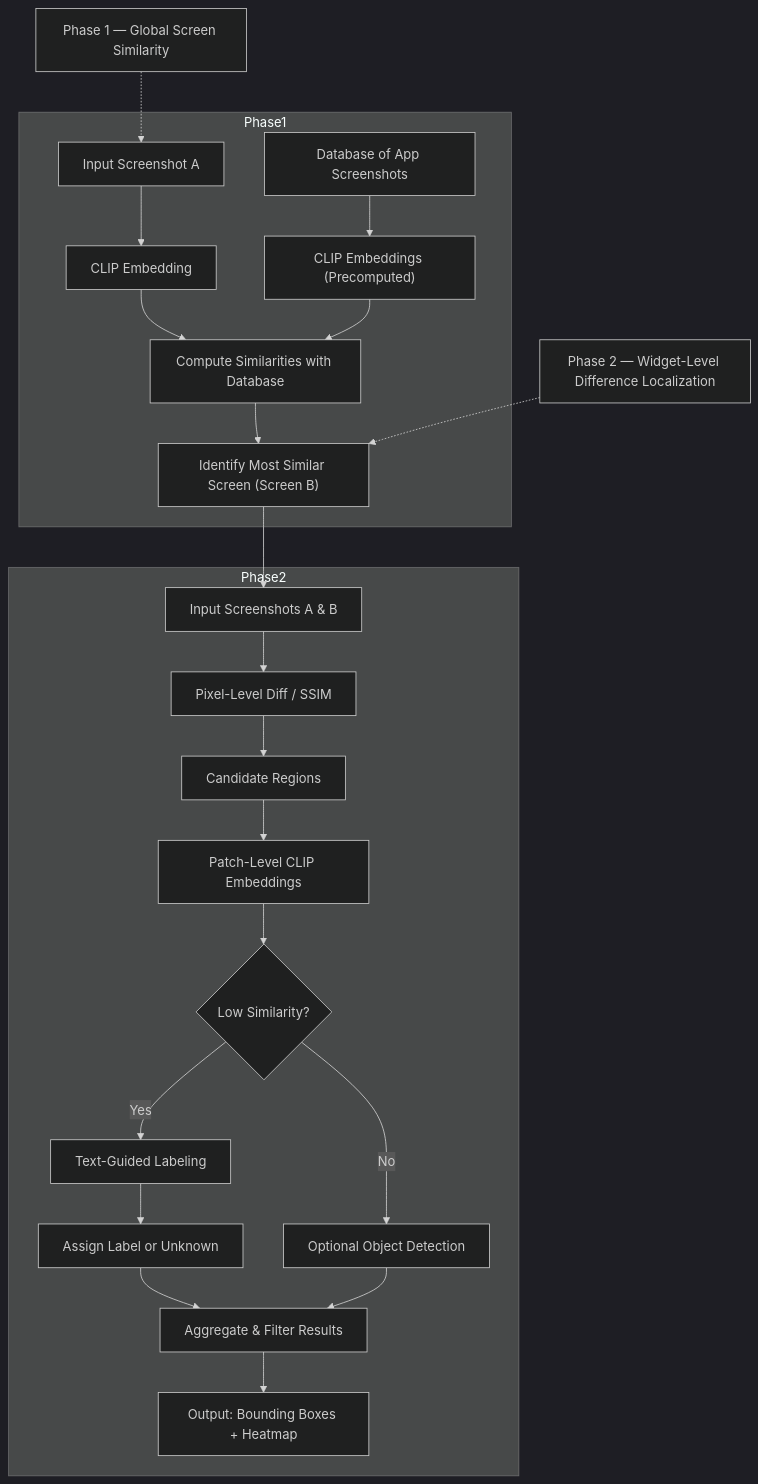
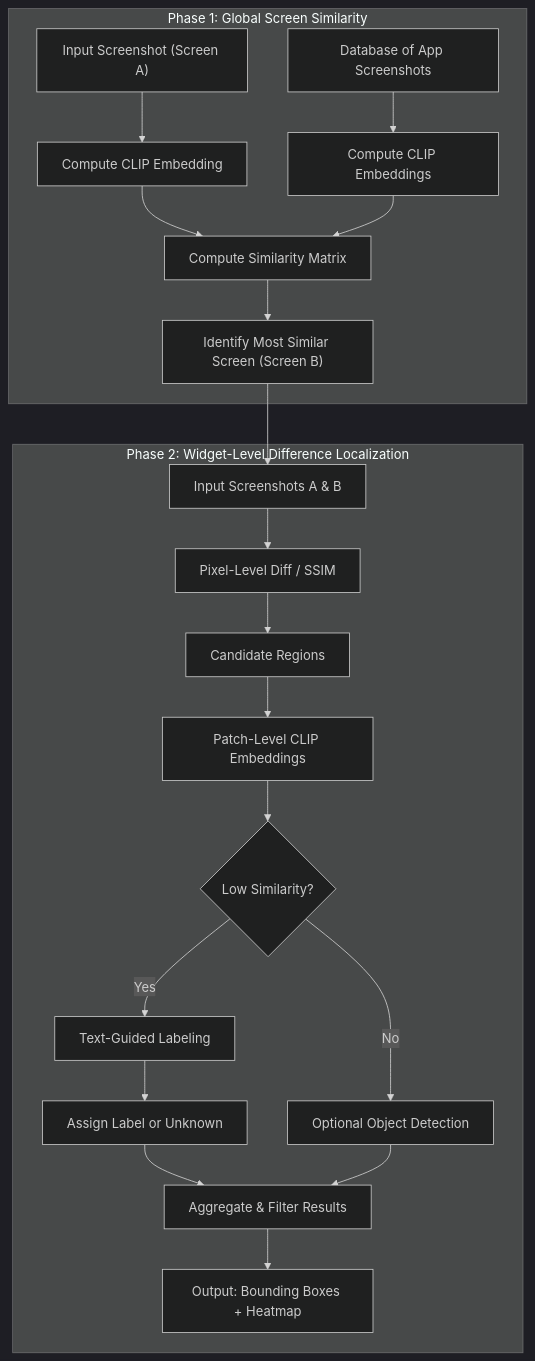
One commit to cooperfrank/research-phase2 changed the diagram in README.md. Above: the diagram before and after it, drawn with Mermaid (dark theme).

Commit message:
Update diagram

````diff
--- a/README.md
+++ b/README.md
@@ -12,37 +12,27 @@
 ```mermaid
 graph TD
+    %% Phase 1 Section
+    subgraph Phase1["Phase 1: Global Screen Similarity"]
+        A1["Input Screenshot (Screen A)"] --> B1["Compute CLIP Embedding"]
+        A2["Database of App Screenshots"] --> B2["Compute CLIP Embeddings"]
+        B1 --> C1["Compute Similarity Matrix"]
+        B2 --> C1
+        C1 --> D1["Identify Most Similar Screen (Screen B)"]
+    end
 
-%% Phase 1 title node above the subgraph
-title1["Phase 1 — Global Screen Similarity"]
-
-subgraph Phase1
-    A1["Input Screenshot A"] --> B1["CLIP Embedding"]
-    A2["Database of App Screenshots"] --> B2["CLIP Embeddings (Precomputed)"]
-    B1 --> C1["Compute Similarities with Database"]
-    B2 --> C1
-    C1 --> D1["Identify Most Similar Screen (Screen B)"]
-end
-
-title1 -.-> A1
-
-
-%% Phase 2 title node above the subgraph
-title2["Phase 2 — Widget-Level Difference Localization"]
-
-subgraph Phase2
-    D1 --> A["Input Screenshots A & B"]
-    A --> B["Pixel-Level Diff / SSIM"]
-    B --> C["Candidate Regions"]
-    C --> D["Patch-Level CLIP Embeddings"]
-    D --> E{"Low Similarity?"}
-    E -->|Yes| F["Text-Guided Labeling"]
-    F --> G["Assign Label or Unknown"]
-    E -->|No| H["Optional Object Detection"]
-    G --> I["Aggregate & Filter Results"]
-    H --> I
-    I --> J["Output: Bounding Boxes + Heatmap"]
-end
-
-title2 -.-> D1
-
+    %% Phase 2 Section
+    subgraph Phase2["Phase 2: Widget-Level Difference Localization"]
+        D1 --> A["Input Screenshots A & B"]
+        A --> B["Pixel-Level Diff / SSIM"]
+        B --> C["Candidate Regions"]
+        C --> D["Patch-Level CLIP Embeddings"]
+        D --> E{"Low Similarity?"}
+        E -->|Yes| F["Text-Guided Labeling"]
+        F --> G["Assign Label or Unknown"]
+        E -->|No| H["Optional Object Detection"]
+        G --> I["Aggregate & Filter Results"]
+        H --> I
+        I --> J["Output: Bounding Boxes + Heatmap"]
+    end
+    
 ```
````
